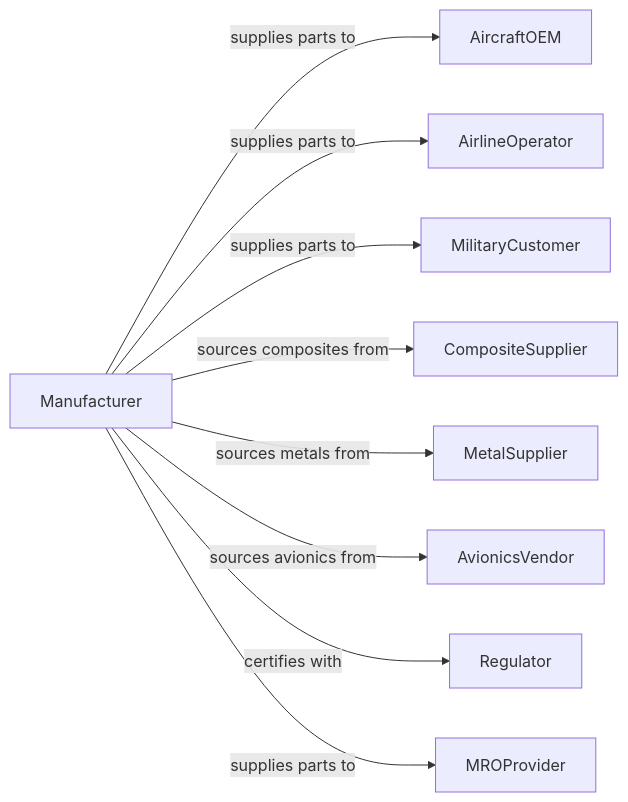
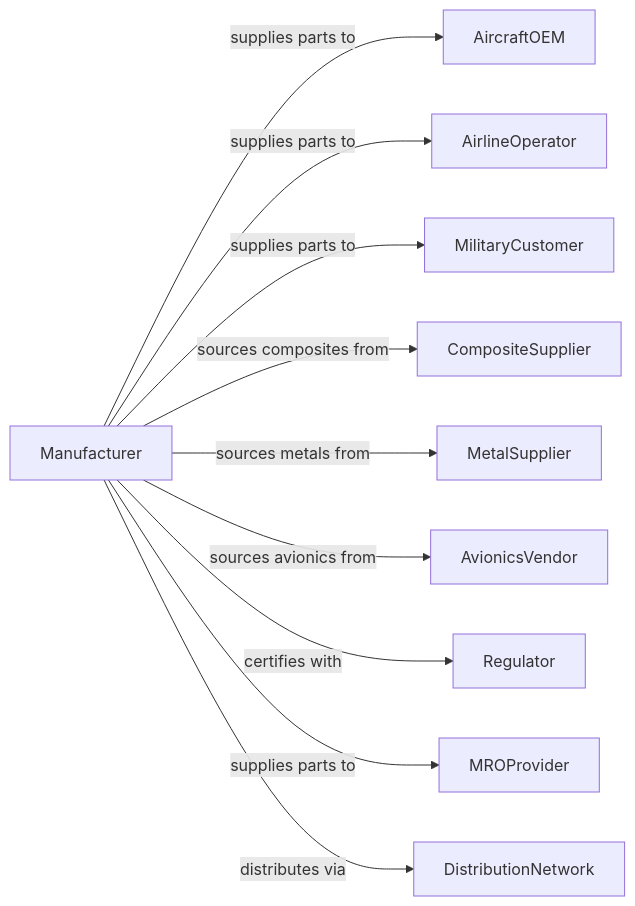
Before and after one commit to dot-org-ai/industries.org.ai: the second of 2 diagrams in Manufacturing/TransportationEquipmentManufacturing/AerospaceProductAndPartsManufacturing/OtherAircraftPartsAndAuxiliaryEquipmentManufacturing.mdx, drawn with Mermaid. The commit also changed 588 other files, not shown here.

````diff
--- a/Manufacturing/TransportationEquipmentManufacturing/AerospaceProductAndPartsManufacturing/OtherAircraftPartsAndAuxiliaryEquipmentManufacturing.mdx
+++ b/Manufacturing/TransportationEquipmentManufacturing/AerospaceProductAndPartsManufacturing/OtherAircraftPartsAndAuxiliaryEquipmentManufacturing.mdx
@@ -126,13 +126,14 @@
 ```mermaid
 graph LR
     M[Manufacturer]
 
     M -->|supplies parts to| AircraftOEM
     M -->|supplies parts to| AirlineOperator
     M -->|supplies parts to| MilitaryCustomer
     M -->|sources composites from| CompositeSupplier
     M -->|sources metals from| MetalSupplier
     M -->|sources avionics from| AvionicsVendor
     M -->|certifies with| Regulator
     M -->|supplies parts to| MROProvider
+    M -->|distributes via| DistributionNetwork
 ```
````
